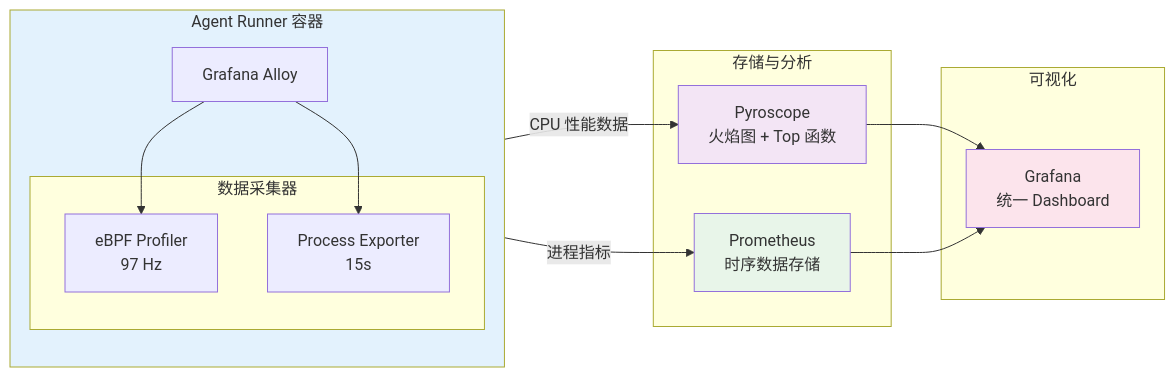
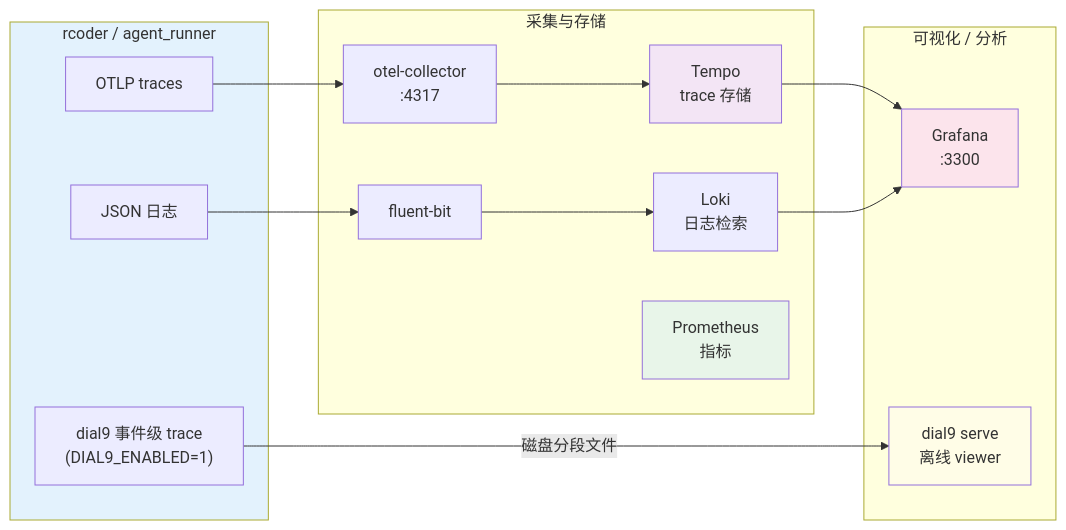
Before and after one commit to nuwax-ai/rcoder: the second of 3 diagrams in docker/README.md, drawn with Mermaid. The commit also changed other lines of this file and 9 other files, not shown here.

First line of the commit message:
docs: 自检补漏——devspace 脚本/README/docker README 清理 Pyroscope/eBPF 残留

````diff
--- a/docker/README.md
+++ b/docker/README.md
@@ -124,34 +127,31 @@
 ```mermaid
 flowchart LR
-    subgraph AgentRunner["Agent Runner 容器"]
-        direction TB
-        Alloy["Grafana Alloy"]
-        
-        subgraph Collectors["数据采集器"]
-            EBPF["eBPF Profiler<br/>97 Hz"]
-            PE["Process Exporter<br/>15s"]
-        end
-        
-        Alloy --> EBPF
-        Alloy --> PE
+    subgraph Apps["rcoder / agent_runner"]
+        OTLP["OTLP traces"]
+        LOGS["JSON 日志"]
+        DIAL9["dial9 事件级 trace<br/>(DIAL9_ENABLED=1)"]
     end
     
-    subgraph Storage["存储与分析"]
-        Pyro["Pyroscope<br/>火焰图 + Top 函数"]
-        Prom["Prometheus<br/>时序数据存储"]
+    subgraph Pipeline["采集与存储"]
+        COLLECTOR["otel-collector<br/>:4317"]
+        TEMPO["Tempo<br/>trace 存储"]
+        FB["fluent-bit"]
+        LOKI["Loki<br/>日志检索"]
+        PROM["Prometheus<br/>指标"]
     end
     
-    subgraph Viz["可视化"]
-        Graf["Grafana<br/>统一 Dashboard"]
+    subgraph Viz["可视化 / 分析"]
+        GRAF["Grafana<br/>:3300"]
+        VIEWER["dial9 serve<br/>离线 viewer"]
     end
     
-    EBPF -->|"CPU 性能数据"| Pyro
-    PE -->|"进程指标"| Prom
-    Pyro --> Graf
-    Prom --> Graf
+    OTLP --> COLLECTOR --> TEMPO --> GRAF
+    LOGS --> FB --> LOKI --> GRAF
+    DIAL9 -->|"磁盘分段文件"| VIEWER
     
-    style AgentRunner fill:#e3f2fd
-    style Pyro fill:#f3e5f5
-    style Prom fill:#e8f5e9
-    style Graf fill:#fce4ec
+    style Apps fill:#e3f2fd
+    style TEMPO fill:#f3e5f5
+    style PROM fill:#e8f5e9
+    style GRAF fill:#fce4ec
+    style VIEWER fill:#fffde7
 ```
````
